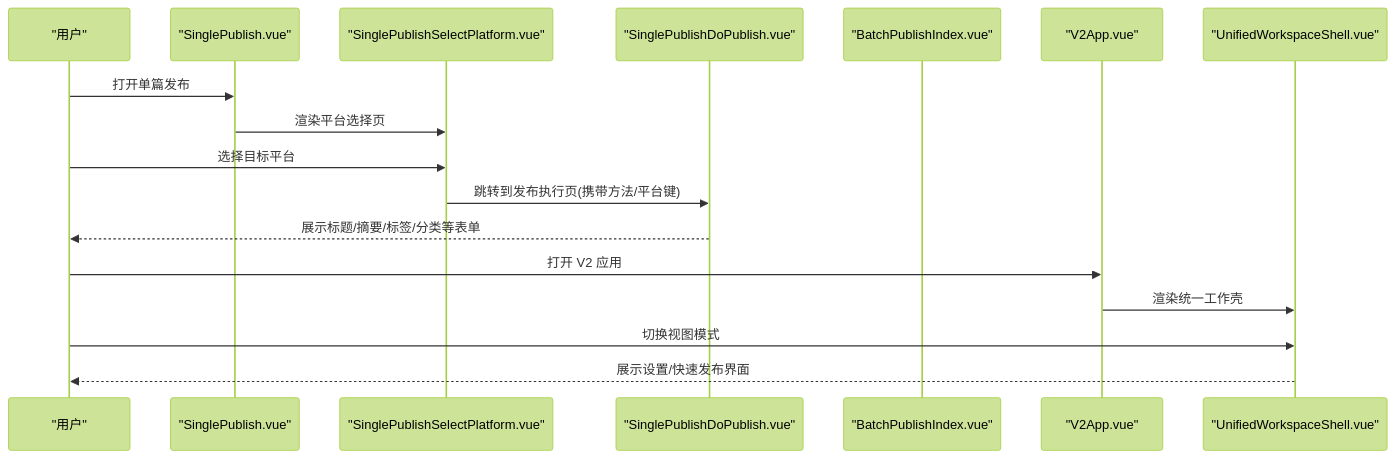
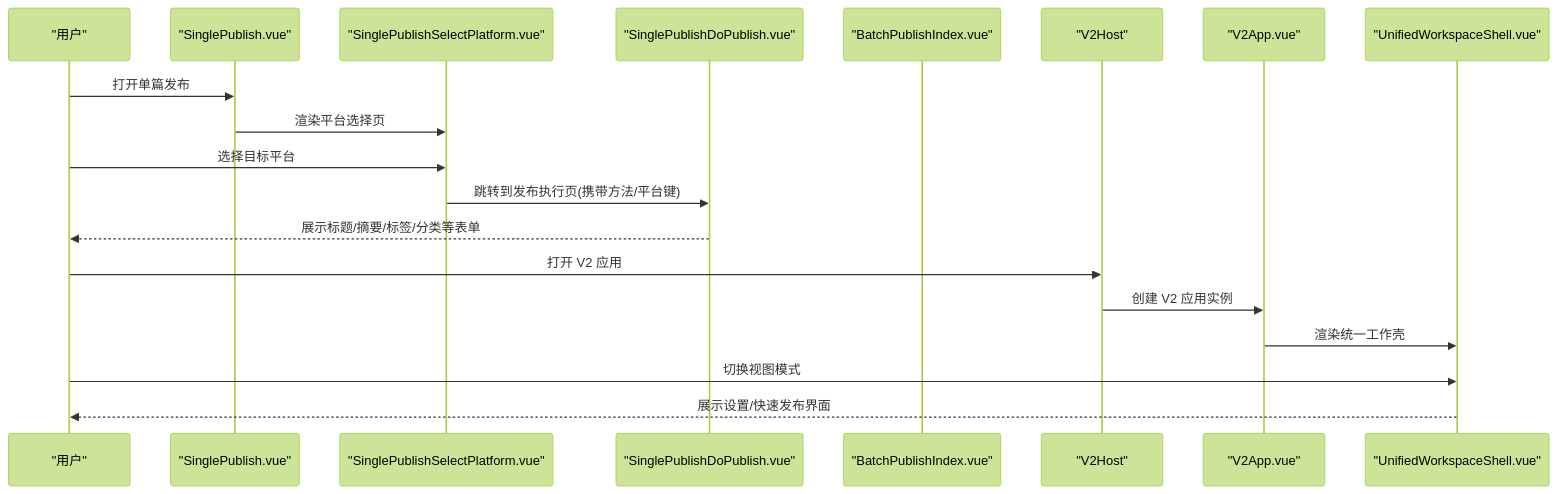
One commit to terwer/siyuan-plugin-publisher changed the second of 7 diagrams in .qoder/repowiki/zh/content/用户界面组件/用户界面组件.md. Above: the diagram before and after it, drawn with Mermaid (forest theme). The commit also changed other lines of this file and 9 other files, not shown here.

````diff
--- a/.qoder/repowiki/zh/content/用户界面组件/用户界面组件.md
+++ b/.qoder/repowiki/zh/content/用户界面组件/用户界面组件.md
@@ -184,19 +204,21 @@
 ```mermaid
 sequenceDiagram
 participant U as "用户"
 participant SP as "SinglePublish.vue"
 participant SPS as "SinglePublishSelectPlatform.vue"
 participant SPD as "SinglePublishDoPublish.vue"
 participant BPI as "BatchPublishIndex.vue"
+participant V2HOST as "V2Host"
 participant V2APP as "V2App.vue"
 participant UWS as "UnifiedWorkspaceShell.vue"
 U->>SP : 打开单篇发布
 SP->>SPS : 渲染平台选择页
 U->>SPS : 选择目标平台
 SPS->>SPD : 跳转到发布执行页(携带方法/平台键)
 SPD-->>U : 展示标题/摘要/标签/分类等表单
-U->>V2APP : 打开 V2 应用
+U->>V2HOST : 打开 V2 应用
+V2HOST->>V2APP : 创建 V2 应用实例
 V2APP->>UWS : 渲染统一工作壳
 U->>UWS : 切换视图模式
 UWS-->>U : 展示设置/快速发布界面
 ```
````
